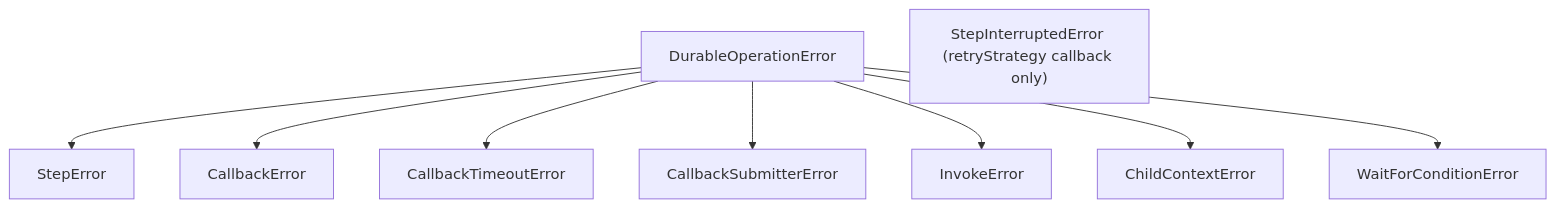
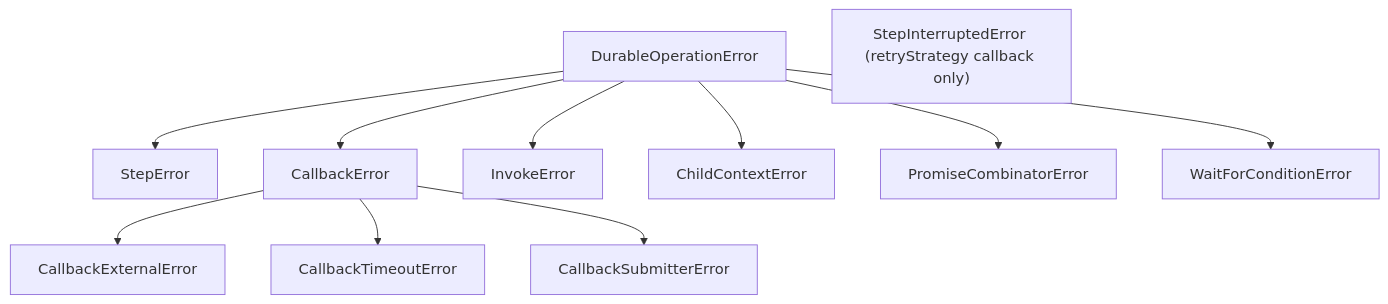
The first of 3 diagrams in docs/sdk-reference/error-handling/errors.md (aws/aws-durable-execution-docs), drawn with Mermaid before and after one commit. The commit also changed other lines of this file and 1 other file, not shown here.

````diff
--- a/docs/sdk-reference/error-handling/errors.md
+++ b/docs/sdk-reference/error-handling/errors.md
@@ -56,12 +56,14 @@
     ```mermaid
     graph TD
       DOE[DurableOperationError]
       DOE --> StepError
       DOE --> CallbackError
-      DOE --> CallbackTimeoutError
-      DOE --> CallbackSubmitterError
+      CallbackError --> CallbackExternalError
+      CallbackError --> CallbackTimeoutError
+      CallbackError --> CallbackSubmitterError
       DOE --> InvokeError
       DOE --> ChildContextError
+      DOE --> PromiseCombinatorError
       DOE --> WaitForConditionError
       SIE["StepInterruptedError (retryStrategy callback only)"]
     ```
````
